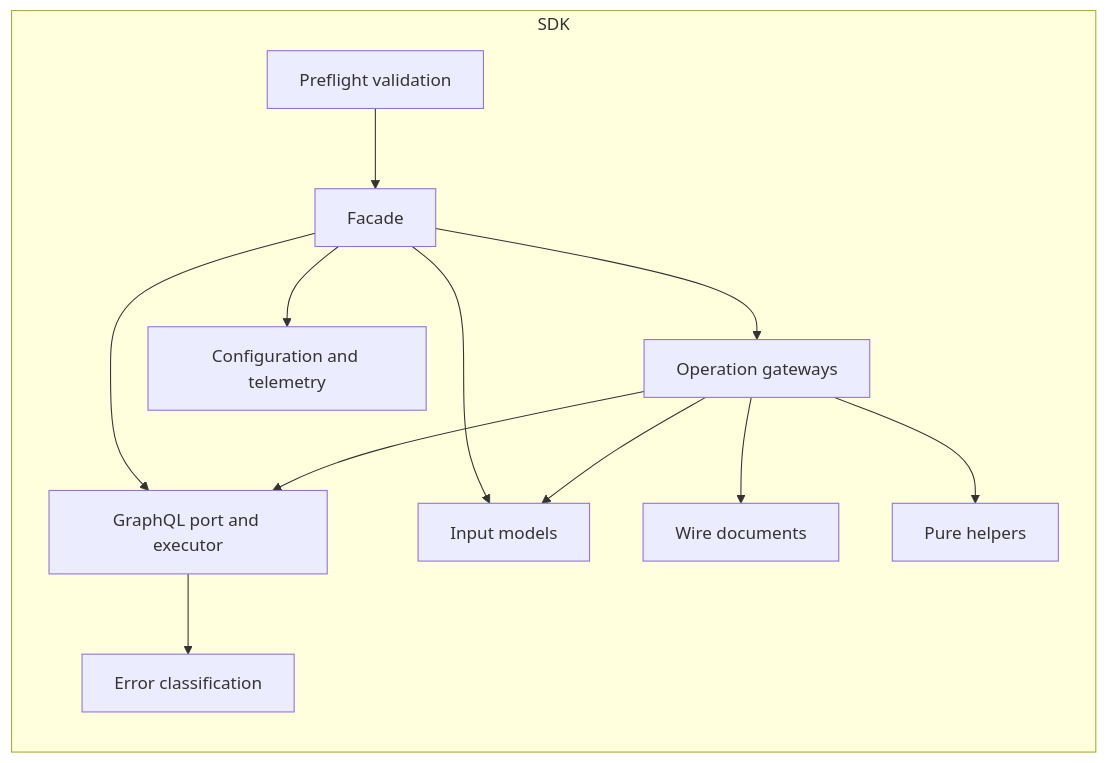
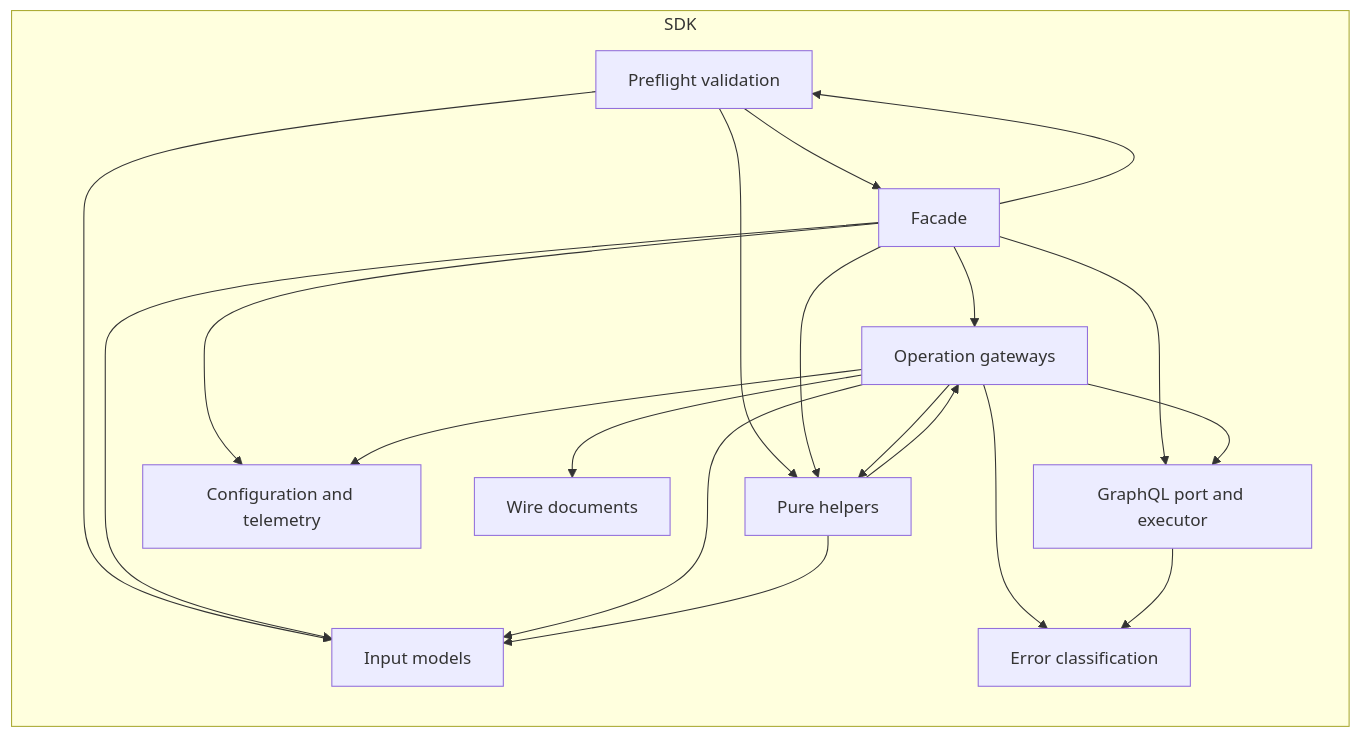
One commit to pipefy/ai-toolkit changed the fourth of 11 diagrams in docs/contributing/architecture.md. Above: the diagram before and after it, drawn with Mermaid.

Commit message:
docs: draw every block import in the SDK diagram

````diff
--- a/docs/contributing/architecture.md
+++ b/docs/contributing/architecture.md
@@ -290,26 +290,34 @@
 ```mermaid
 flowchart TB
     subgraph sdk["SDK"]
         direction TB
         preflight["Preflight validation"]
         facade["Facade"]
         services["Operation gateways"]
         documents["Wire documents"]
         port["GraphQL port and executor"]
         models["Input models"]
         errors["Error classification"]
         helpers["Pure helpers"]
         config["Configuration and telemetry"]
     end
 
     preflight --> facade
+    preflight --> helpers
+    preflight --> models
+    facade --> preflight
     facade --> services
     facade --> port
     facade --> models
+    facade --> helpers
     facade --> config
     services --> documents
     services --> port
     services --> models
     services --> helpers
+    services --> errors
+    services --> config
+    helpers --> services
+    helpers --> models
     port --> errors
 ```
````
